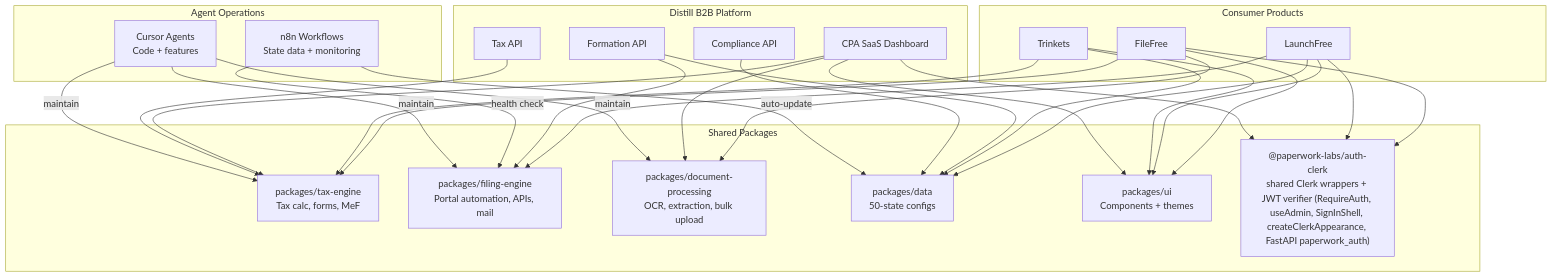
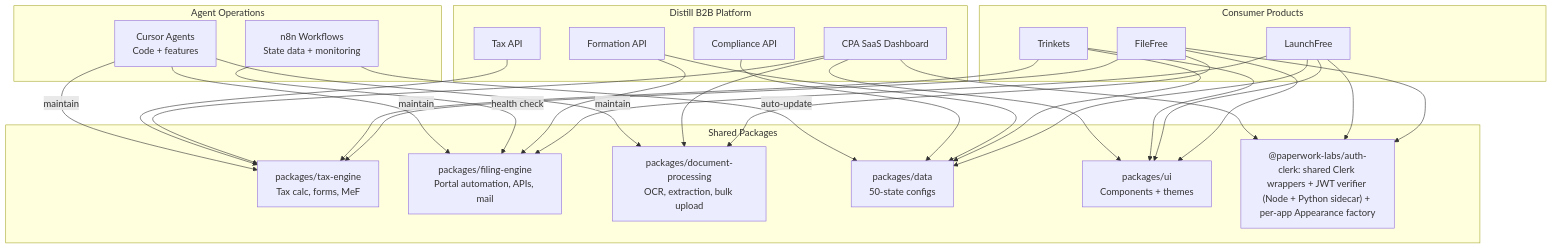
One commit to paperwork-labs/paperwork changed the second of 12 diagrams in docs/ARCHITECTURE.md. Above: the diagram before and after it, drawn with Mermaid. The commit also changed 7 other files, not shown here.

````diff
--- a/docs/ARCHITECTURE.md
+++ b/docs/ARCHITECTURE.md
@@ -157,40 +157,40 @@
 ```mermaid
 flowchart TB
     subgraph consumers [Consumer Products]
         FF["FileFree"]
         LF["LaunchFree"]
         TR["Trinkets"]
     end
 
     subgraph shared [Shared Packages]
         TE["packages/tax-engine<br/>Tax calc, forms, MeF"]
         FE["packages/filing-engine<br/>Portal automation, APIs, mail"]
         DP["packages/document-processing<br/>OCR, extraction, bulk upload"]
         SD["packages/data<br/>50-state configs"]
         UI["packages/ui<br/>Components + themes"]
-        AUTH["@paperwork-labs/auth-clerk<br/>shared Clerk wrappers + JWT verifier (RequireAuth, useAdmin, SignInShell, createClerkAppearance, FastAPI paperwork_auth)"]
+        AUTH["@paperwork-labs/auth-clerk: shared Clerk wrappers + JWT verifier (Node + Python sidecar) + per-app Appearance factory"]
     end
 
     subgraph b2b [Distill B2B Platform]
         DCPA["CPA SaaS Dashboard"]
         DFORM["Formation API"]
         DTAX["Tax API"]
         DCOMP["Compliance API"]
     end
 
     subgraph agents [Agent Operations]
         CURSOR["Cursor Agents<br/>Code + features"]
         N8N["n8n Workflows<br/>State data + monitoring"]
     end
 
     FF --> TE & DP & UI & AUTH
     LF --> FE & SD & UI & AUTH
     TR --> TE & SD & UI
     DCPA --> DP & TE & UI & AUTH
     DFORM --> FE & SD
     DTAX --> TE
     DCOMP --> SD
     N8N -->|"auto-update"| SD
     N8N -->|"health check"| FE
     CURSOR -->|"maintain"| TE & FE & DP
 ```
````
